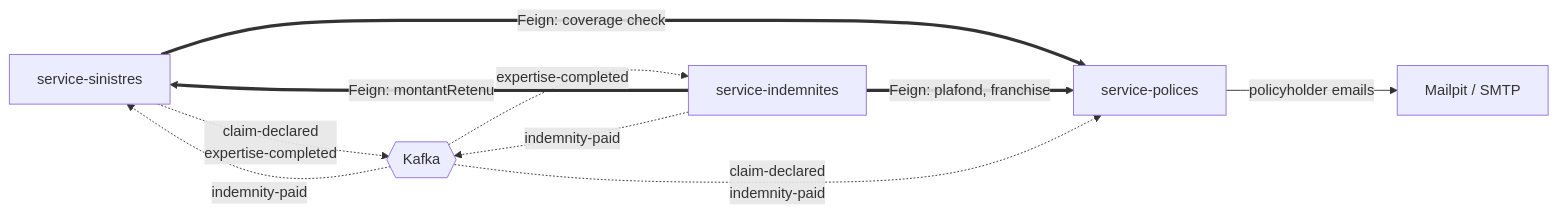
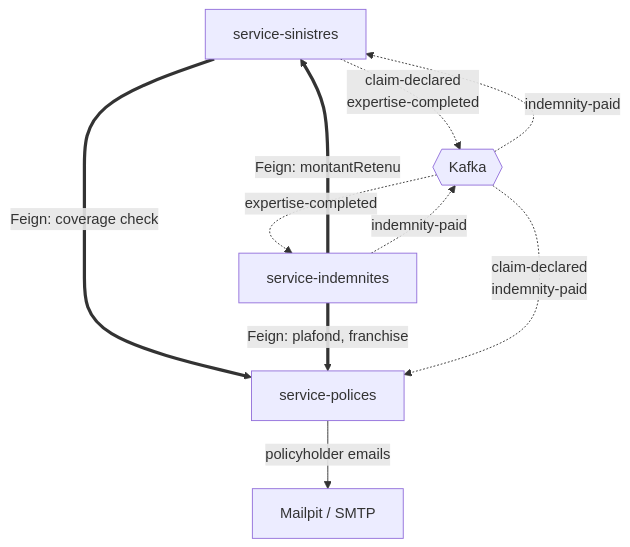
One commit to Nyckboy/assurance-jee changed the second of 6 diagrams in docs/ARCHITECTURE.md. Above: the diagram before and after it, drawn with Mermaid.

Commit message:
docs: draw the communication diagram top to bottom so it is larger

````diff
--- a/docs/ARCHITECTURE.md
+++ b/docs/ARCHITECTURE.md
@@ -48,19 +48,19 @@
 ```mermaid
-flowchart LR
+flowchart TB
     sinistres["service-sinistres"]
     polices["service-polices"]
     indemnites["service-indemnites"]
     kafka{{"Kafka"}}
     mail["Mailpit / SMTP"]
 
     sinistres ==>|"Feign: coverage check"| polices
     indemnites ==>|"Feign: montantRetenu"| sinistres
     indemnites ==>|"Feign: plafond, franchise"| polices
 
     sinistres -.->|"claim-declared<br/>expertise-completed"| kafka
     indemnites -.->|"indemnity-paid"| kafka
     kafka -.->|"claim-declared<br/>indemnity-paid"| polices
     kafka -.->|"expertise-completed"| indemnites
     kafka -.->|"indemnity-paid"| sinistres
     polices -->|"policyholder emails"| mail
 ```
````
